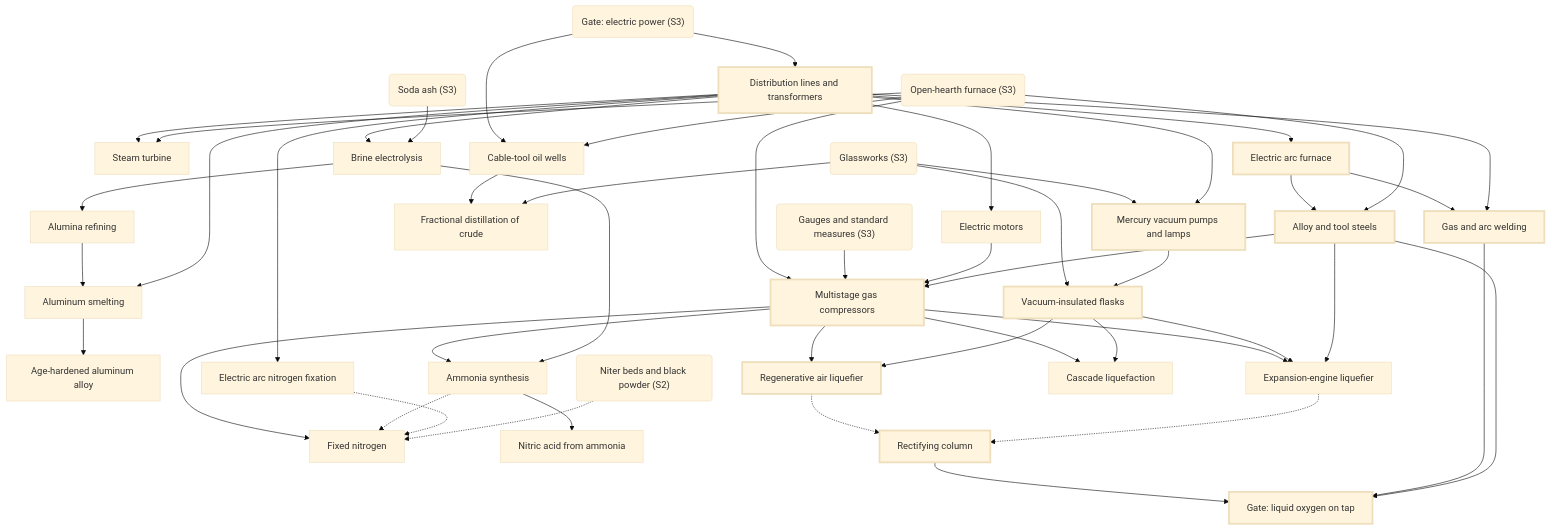
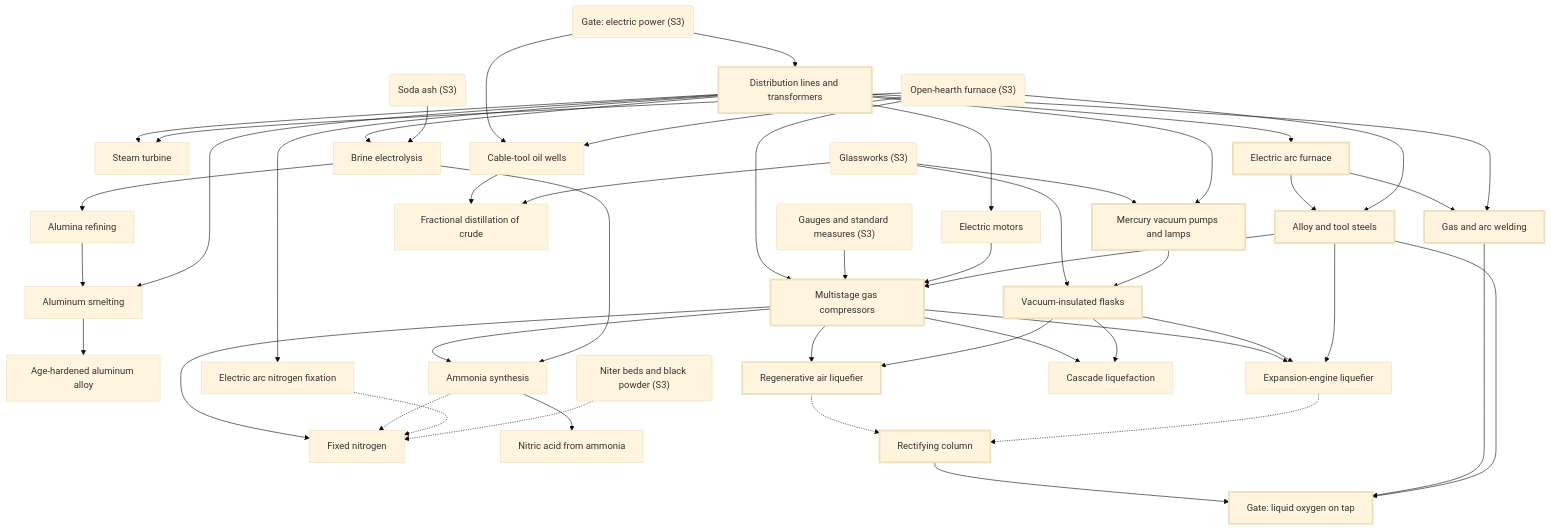
Before and after one commit to joethechickenguy/repo_for_claude: the fourth of 6 diagrams in tech-tree/generated/dependencies.md, drawn with Mermaid (base theme). The commit also changed other lines of this file and 10 other files, not shown here.

````diff
--- a/tech-tree/generated/dependencies.md
+++ b/tech-tree/generated/dependencies.md
@@ -235,82 +237,82 @@
 ```mermaid
 flowchart TD
   distribution_grid["Distribution lines and transformers"]
   gate_generator --> distribution_grid
   electric_motors["Electric motors"]
   distribution_grid --> electric_motors
   steam_turbine["Steam turbine"]
   distribution_grid --> steam_turbine
   open_hearth --> steam_turbine
   chlor_alkali["Brine electrolysis"]
   distribution_grid --> chlor_alkali
   soda_ash --> chlor_alkali
   arc_furnace_carbide["Electric arc furnace"]
   distribution_grid --> arc_furnace_carbide
   alloy_steels["Alloy and tool steels"]
   arc_furnace_carbide --> alloy_steels
   open_hearth --> alloy_steels
   bayer_alumina["Alumina refining"]
   chlor_alkali --> bayer_alumina
   hall_heroult["Aluminum smelting"]
   bayer_alumina --> hall_heroult
   distribution_grid --> hall_heroult
   duralumin["Age-hardened aluminum alloy"]
   hall_heroult --> duralumin
   oil_drilling["Cable-tool oil wells"]
   gate_generator --> oil_drilling
   open_hearth --> oil_drilling
   oil_refining["Fractional distillation of crude"]
   oil_drilling --> oil_refining
   glassworks --> oil_refining
   compressors["Multistage gas compressors"]
   open_hearth --> compressors
   measurement_standards --> compressors
   electric_motors --> compressors
   alloy_steels --> compressors
   dewar_flasks["Vacuum-insulated flasks"]
   glassworks --> dewar_flasks
   vacuum_pumps --> dewar_flasks
   vacuum_pumps["Mercury vacuum pumps and lamps"]
   glassworks --> vacuum_pumps
   distribution_grid --> vacuum_pumps
   niter_to_fixation["Fixed nitrogen"]
   compressors --> niter_to_fixation
   haber_bosch -.-> niter_to_fixation
   birkeland_eyde -.-> niter_to_fixation
   niter_beds -.-> niter_to_fixation
   haber_bosch["Ammonia synthesis"]
   compressors --> haber_bosch
   chlor_alkali --> haber_bosch
   birkeland_eyde["Electric arc nitrogen fixation"]
   distribution_grid --> birkeland_eyde
   ostwald_nitric["Nitric acid from ammonia"]
   haber_bosch --> ostwald_nitric
   welding["Gas and arc welding"]
   arc_furnace_carbide --> welding
   distribution_grid --> welding
   linde_liquefier["Regenerative air liquefier"]
   compressors --> linde_liquefier
   dewar_flasks --> linde_liquefier
   claude_expander["Expansion-engine liquefier"]
   compressors --> claude_expander
   dewar_flasks --> claude_expander
   alloy_steels --> claude_expander
   cascade_liquefier["Cascade liquefaction"]
   compressors --> cascade_liquefier
   dewar_flasks --> cascade_liquefier
   air_separation["Rectifying column"]
   linde_liquefier -.-> air_separation
   claude_expander -.-> air_separation
   gate_liquid_oxygen["Gate: liquid oxygen on tap"]
   air_separation --> gate_liquid_oxygen
   welding --> gate_liquid_oxygen
   alloy_steels --> gate_liquid_oxygen
   gate_generator("Gate: electric power (S3)")
   glassworks("Glassworks (S3)")
   measurement_standards("Gauges and standard measures (S3)")
-  niter_beds("Niter beds and black powder (S2)")
+  niter_beds("Niter beds and black powder (S3)")
   open_hearth("Open-hearth furnace (S3)")
   soda_ash("Soda ash (S3)")
   classDef crit stroke-width:3px
   class distribution_grid,arc_furnace_carbide,alloy_steels,compressors,dewar_flasks,vacuum_pumps,welding,linde_liquefier,air_separation,gate_liquid_oxygen crit
 ```
````
